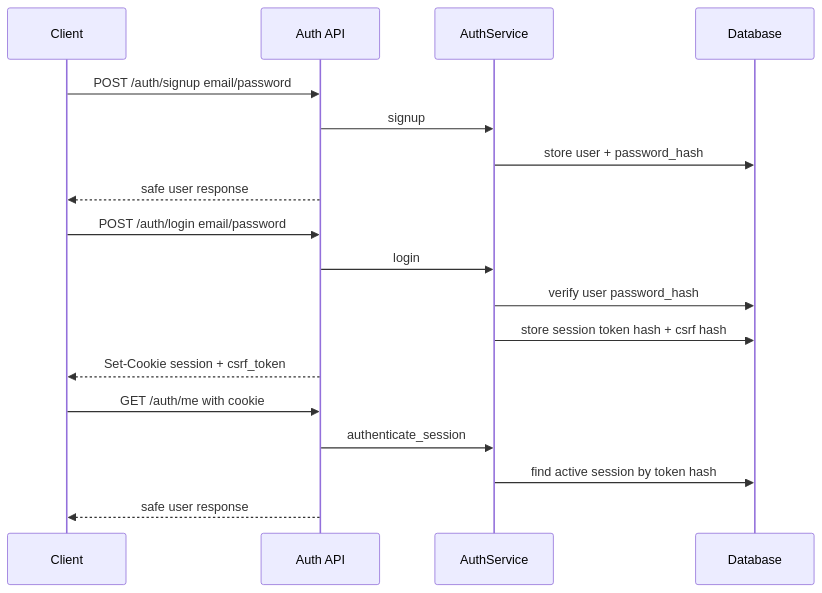
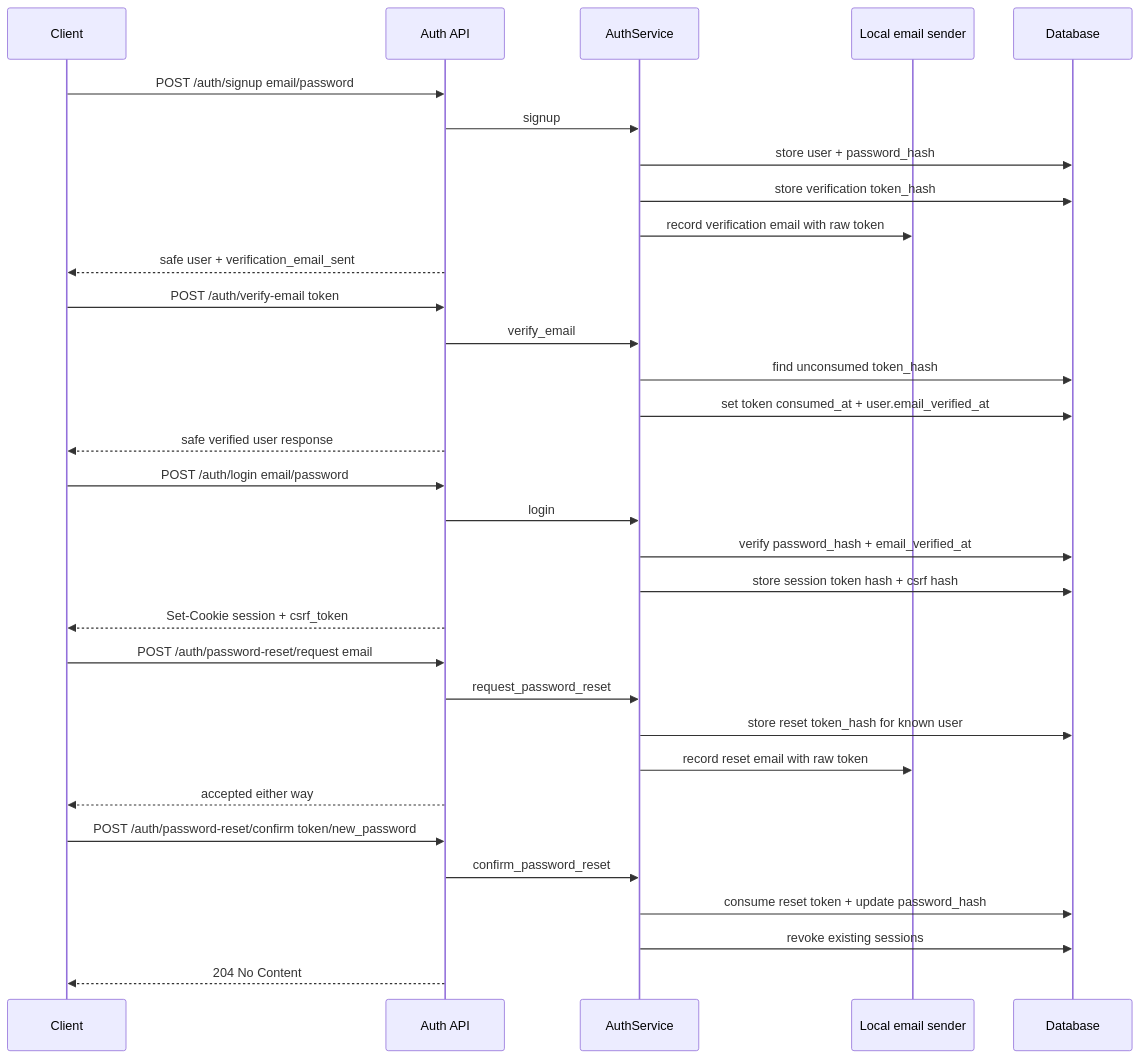
The diagram in docs/portfolio-chat-service/02-first-party-auth-sessions.md (heecheon92/my-agents), drawn with Mermaid before and after one commit. The commit also changed other lines of this file and 21 other files, not shown here.

First line of the commit message:
Require verified auth before product sessions

````diff
--- a/docs/portfolio-chat-service/02-first-party-auth-sessions.md
+++ b/docs/portfolio-chat-service/02-first-party-auth-sessions.md
@@ -38,23 +47,39 @@
 ```mermaid
 sequenceDiagram
     participant C as Client
     participant A as Auth API
     participant S as AuthService
+    participant E as Local email sender
     participant DB as Database
 
     C->>A: POST /auth/signup email/password
     A->>S: signup
     S->>DB: store user + password_hash
-    A-->>C: safe user response
+    S->>DB: store verification token_hash
+    S->>E: record verification email with raw token
+    A-->>C: safe user + verification_email_sent
+
+    C->>A: POST /auth/verify-email token
+    A->>S: verify_email
+    S->>DB: find unconsumed token_hash
+    S->>DB: set token consumed_at + user.email_verified_at
+    A-->>C: safe verified user response
 
     C->>A: POST /auth/login email/password
     A->>S: login
-    S->>DB: verify user password_hash
+    S->>DB: verify password_hash + email_verified_at
     S->>DB: store session token hash + csrf hash
     A-->>C: Set-Cookie session + csrf_token
 
-    C->>A: GET /auth/me with cookie
-    A->>S: authenticate_session
-    S->>DB: find active session by token hash
-    A-->>C: safe user response
+    C->>A: POST /auth/password-reset/request email
+    A->>S: request_password_reset
+    S->>DB: store reset token_hash for known user
+    S->>E: record reset email with raw token
+    A-->>C: accepted either way
+
+    C->>A: POST /auth/password-reset/confirm token/new_password
+    A->>S: confirm_password_reset
+    S->>DB: consume reset token + update password_hash
+    S->>DB: revoke existing sessions
+    A-->>C: 204 No Content
 ```
````
